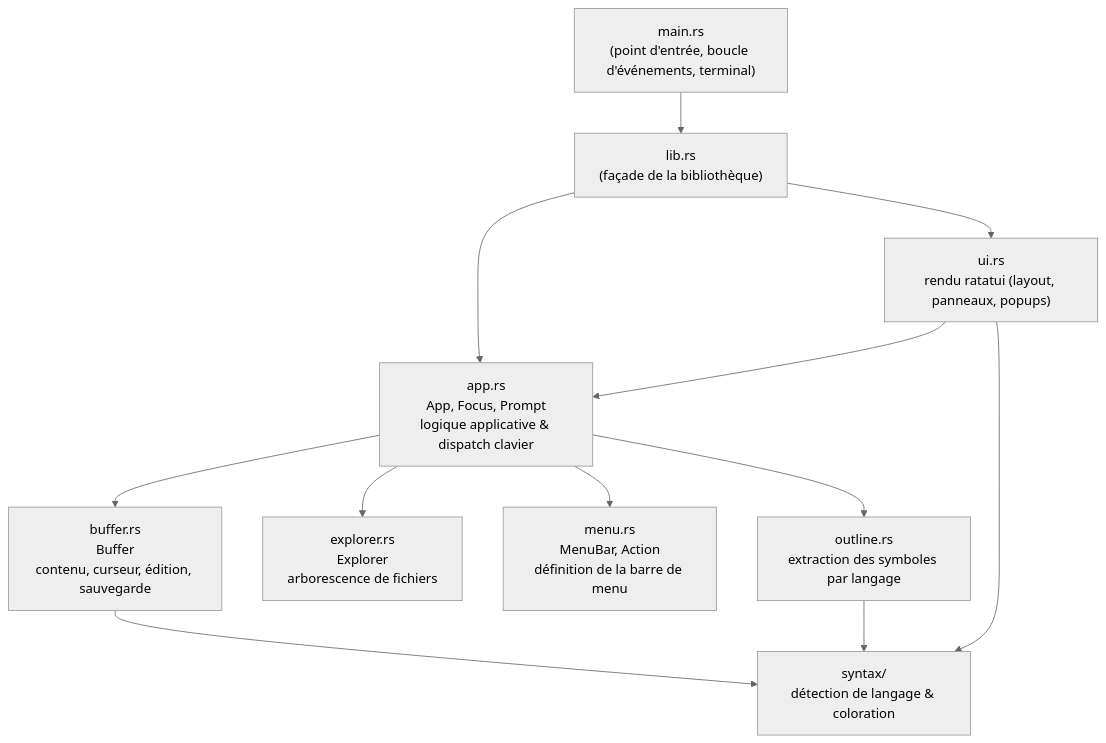
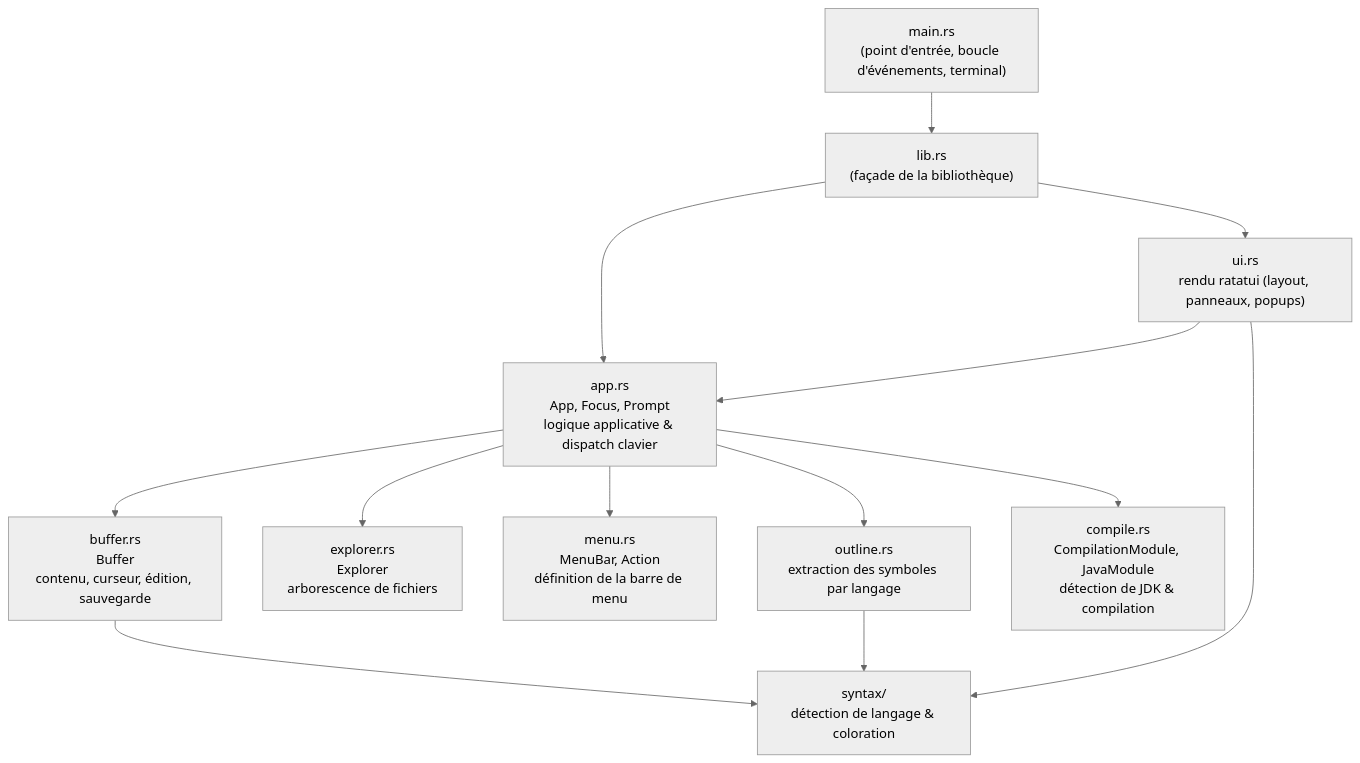
One commit to mcgivrer/reditor changed the first of 2 diagrams in docs/02-reditor-dat.md. Above: the diagram before and after it, drawn with Mermaid (neutral theme). The commit also changed other lines of this file and 9 other files, not shown here.

````diff
--- a/docs/02-reditor-dat.md
+++ b/docs/02-reditor-dat.md
@@ -57,24 +57,26 @@
 ```mermaid
 flowchart TB
     main["main.rs<br/>(point d'entrée, boucle d'événements, terminal)"]
     lib["lib.rs<br/>(façade de la bibliothèque)"]
     app["app.rs<br/>App, Focus, Prompt<br/>logique applicative & dispatch clavier"]
     buffer["buffer.rs<br/>Buffer<br/>contenu, curseur, édition, sauvegarde"]
     explorer["explorer.rs<br/>Explorer<br/>arborescence de fichiers"]
     menu["menu.rs<br/>MenuBar, Action<br/>définition de la barre de menu"]
     outline["outline.rs<br/>extraction des symboles par langage"]
     syntax["syntax/<br/>détection de langage & coloration"]
+    compile["compile.rs<br/>CompilationModule, JavaModule<br/>détection de JDK & compilation"]
     ui["ui.rs<br/>rendu ratatui (layout, panneaux, popups)"]
 
     main --> lib
     lib --> app
     lib --> ui
     app --> buffer
     app --> explorer
     app --> menu
     app --> outline
+    app --> compile
     ui --> app
     ui --> syntax
     buffer --> syntax
     outline --> syntax
 ```
````
